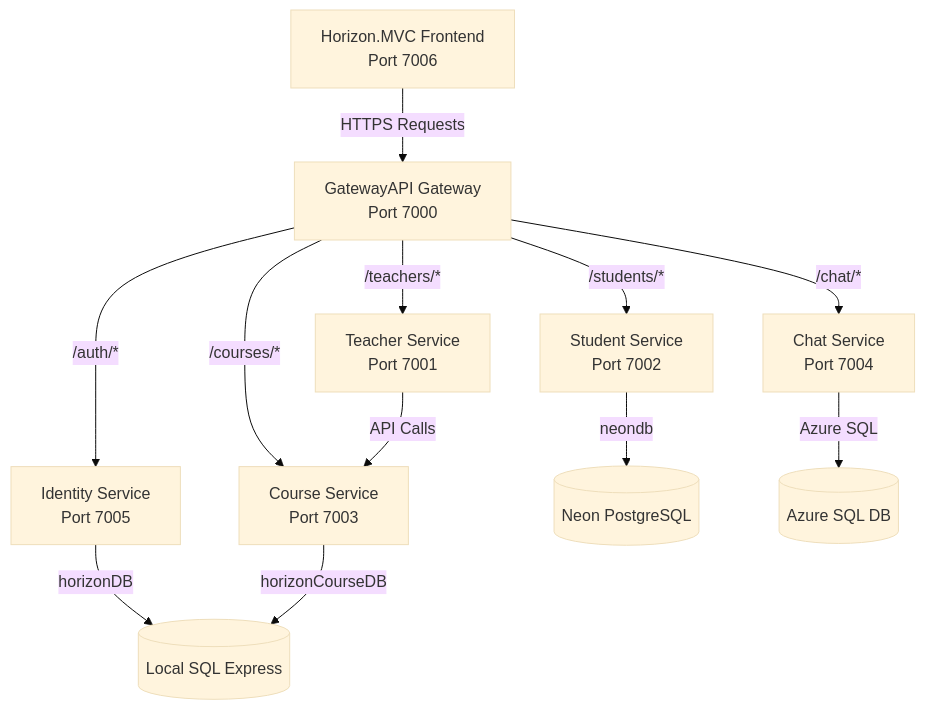
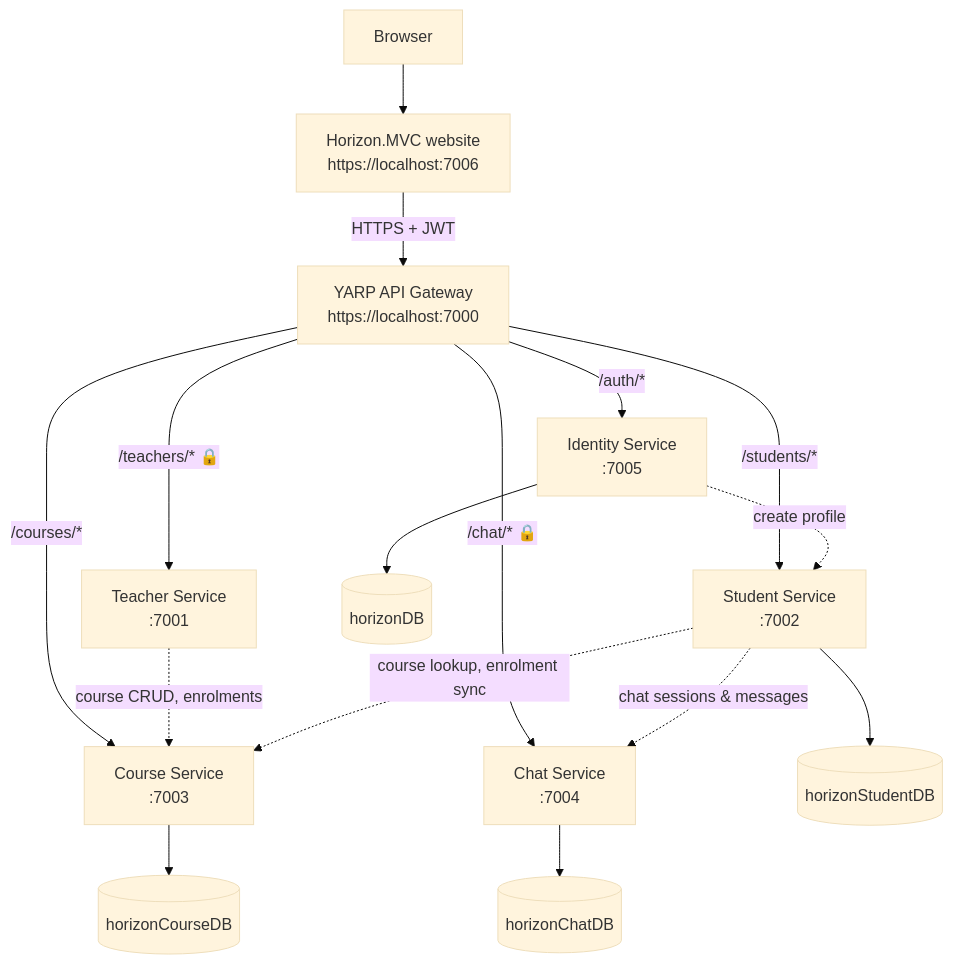
One commit to RahulPrasad-78/Horizon changed the diagram in README.md. Above: the diagram before and after it, drawn with Mermaid (base theme). The commit also changed other lines of this file and 3 other files, not shown here.

````diff
--- a/README.md
+++ b/README.md
@@ -11,16 +11,21 @@
 ```mermaid
 graph TD
-    Client[Horizon.MVC Frontend<br/>Port 7006] -->|HTTPS Requests| Gateway[GatewayAPI Gateway<br/>Port 7000]
+    Browser[Browser] --> MVC[Horizon.MVC website<br/>https://localhost:7006]
+    MVC -->|HTTPS + JWT| Gateway[YARP API Gateway<br/>https://localhost:7000]
 
-    Gateway -->|/auth/*| AuthSvc[Identity Service<br/>Port 7005]
-    Gateway -->|/teachers/*| TeacherSvc[Teacher Service<br/>Port 7001]
-    Gateway -->|/courses/*| CourseSvc[Course Service<br/>Port 7003]
-    Gateway -->|/students/*| StudentSvc[Student Service<br/>Port 7002]
-    Gateway -->|/chat/*| ChatSvc[Chat Service<br/>Port 7004]
+    Gateway -->|/auth/*| Identity[Identity Service<br/>:7005]
+    Gateway -->|/teachers/* 🔒| Teacher[Teacher Service<br/>:7001]
+    Gateway -->|/courses/*| Course[Course Service<br/>:7003]
+    Gateway -->|/students/*| Student[Student Service<br/>:7002]
+    Gateway -->|/chat/* 🔒| Chat[Chat Service<br/>:7004]
 
-    AuthSvc -->|horizonDB| SqlServer[(Local SQL Express)]
-    TeacherSvc -->|API Calls| CourseSvc
-    CourseSvc -->|horizonCourseDB| SqlServer
-    StudentSvc -->|neondb| NeonPg[(Neon PostgreSQL)]
-    ChatSvc -->|Azure SQL| AzureSql[(Azure SQL DB)]
+    Identity -.->|create profile| Student
+    Teacher -.->|course CRUD, enrolments| Course
+    Student -.->|course lookup, enrolment sync| Course
+    Student -.->|chat sessions & messages| Chat
+
+    Identity --> DB1[(horizonDB)]
+    Course --> DB2[(horizonCourseDB)]
+    Student --> DB3[(horizonStudentDB)]
+    Chat --> DB4[(horizonChatDB)]
 ```
````
